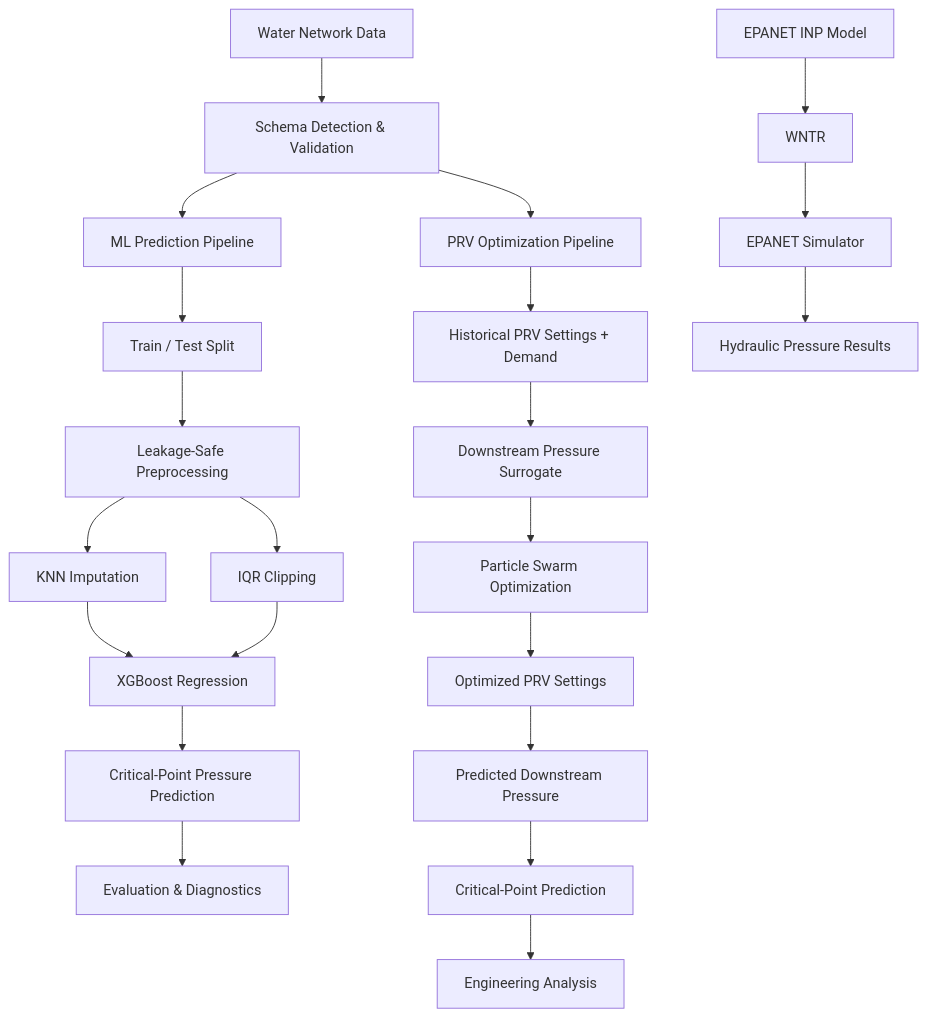
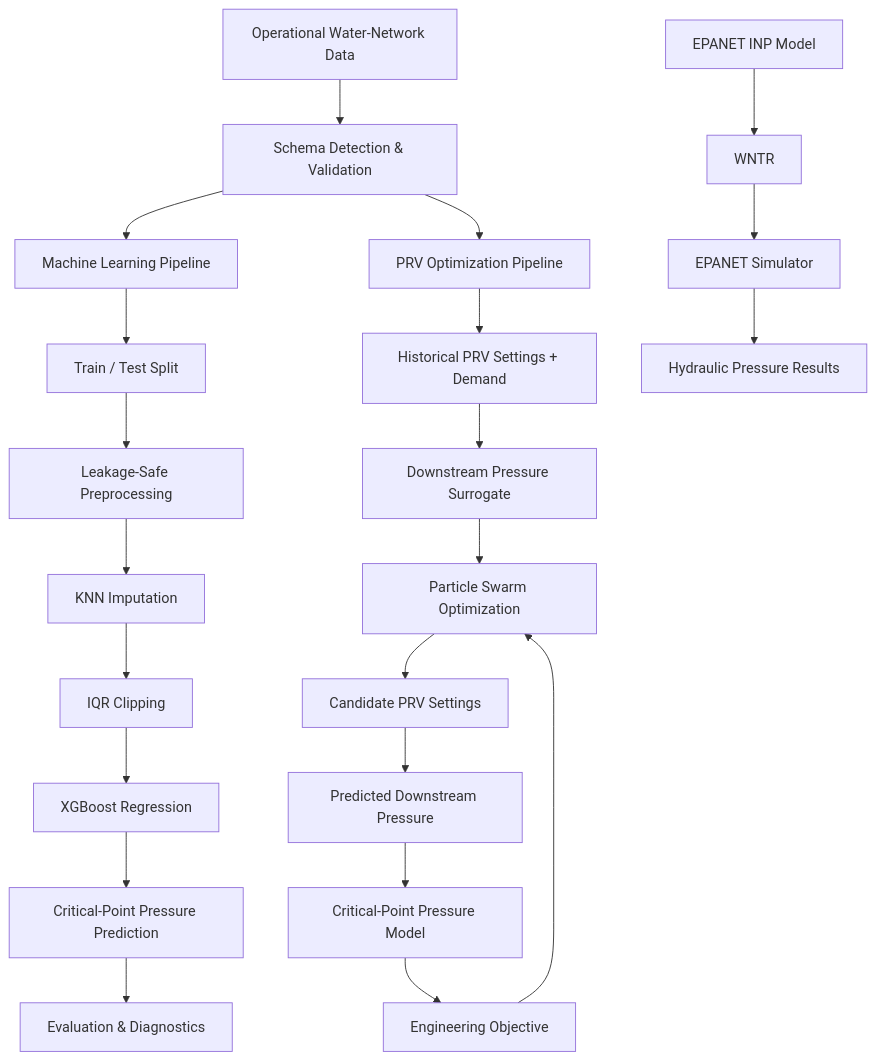
Before and after one commit to mahmmooudian/water-network-ai-analyzer: the first of 9 diagrams in README.md, drawn with Mermaid. The commit also changed other lines of this file, not shown here.

````diff
--- a/README.md
+++ b/README.md
@@ -89,28 +95,28 @@
 ```mermaid
 flowchart TD
-    A[Water Network Data] --> B[Schema Detection & Validation]
+    A[Operational Water-Network Data] --> B[Schema Detection & Validation]
 
-    B --> C[ML Prediction Pipeline]
+    B --> C[Machine Learning Pipeline]
     B --> D[PRV Optimization Pipeline]
 
     C --> E[Train / Test Split]
     E --> F[Leakage-Safe Preprocessing]
     F --> G[KNN Imputation]
-    F --> H[IQR Clipping]
-    G --> I[XGBoost Regression]
-    H --> I
+    G --> H[IQR Clipping]
+    H --> I[XGBoost Regression]
     I --> J[Critical-Point Pressure Prediction]
     J --> K[Evaluation & Diagnostics]
 
     D --> L[Historical PRV Settings + Demand]
     L --> M[Downstream Pressure Surrogate]
     M --> N[Particle Swarm Optimization]
-    N --> O[Optimized PRV Settings]
+    N --> O[Candidate PRV Settings]
     O --> P[Predicted Downstream Pressure]
-    P --> Q[Critical-Point Prediction]
-    Q --> R[Engineering Analysis]
+    P --> Q[Critical-Point Pressure Model]
+    Q --> R[Engineering Objective]
+    R --> N
 
     S[EPANET INP Model] --> T[WNTR]
     T --> U[EPANET Simulator]
     U --> V[Hydraulic Pressure Results]
 ```
````
